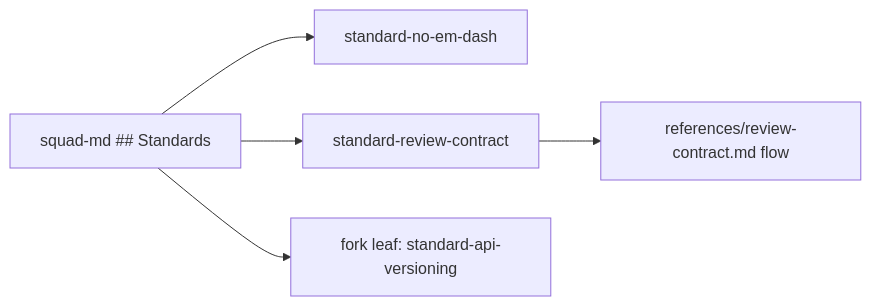
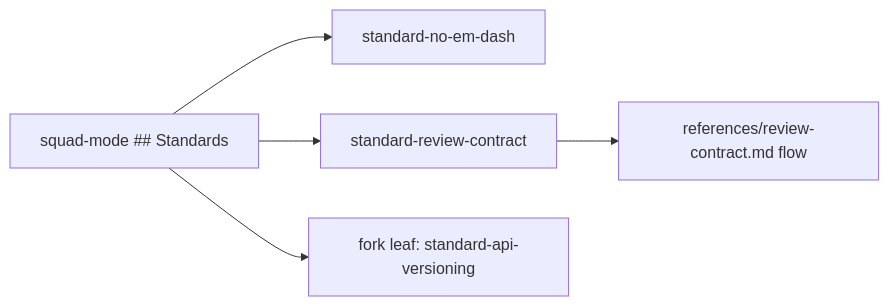
Before and after one commit to svennijhuis/agentPacks: the diagram in docs/pbi/squad/ps07-standards-index-leafs.md, drawn with Mermaid. The commit also changed other lines of this file and 27 other files, not shown here.

Commit message:
docs(pbi/squad): hubs renamed to poteto style -mode (squad-mode, pack-author-mode, pack-check-mode, statechart-mode, scenarios-mode, security-audit-mode); old -md dirs move with pointer until GA07; today paths keep main names

````diff
--- a/docs/pbi/squad/ps07-standards-index-leafs.md
+++ b/docs/pbi/squad/ps07-standards-index-leafs.md
@@ -143,7 +143,7 @@
 ```mermaid
 flowchart LR
-  H["squad-md ## Standards"] --> S1["standard-no-em-dash"]
+  H["squad-mode ## Standards"] --> S1["standard-no-em-dash"]
   H --> S2["standard-review-contract"]
   H --> SL["fork leaf: standard-api-versioning"]
   S2 --> RC["references/review-contract.md flow"]
 ```
````
